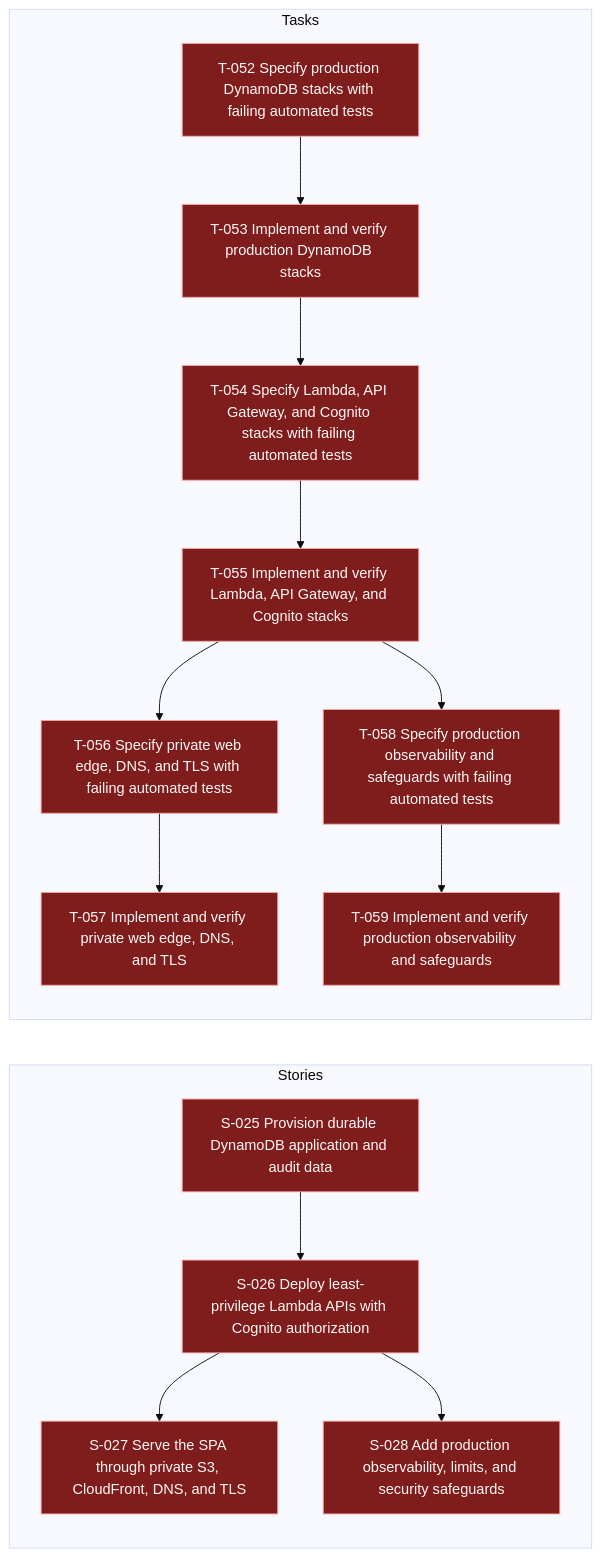
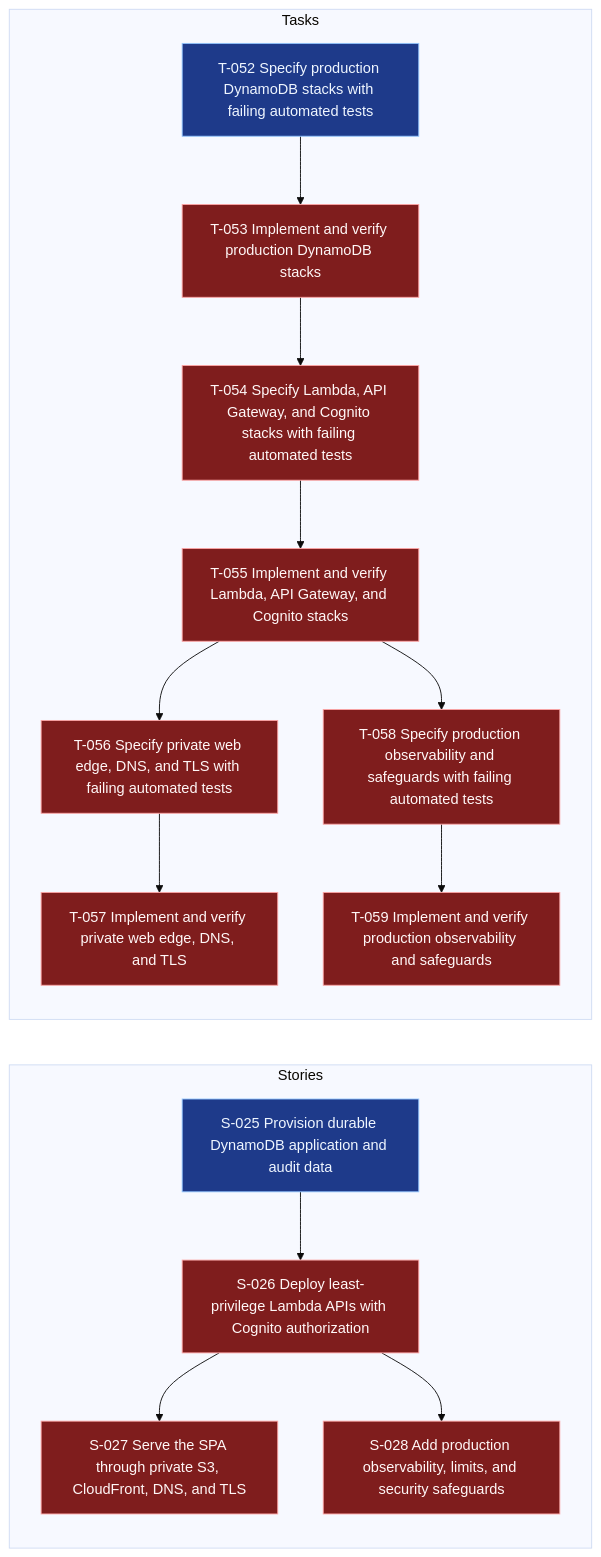
One commit to andybalham/invite-agent changed the diagram in .worktracker/graphs/E-008.mmd. Above: the diagram before and after it, drawn with Mermaid (base theme). The commit also changed 20 other files, not shown here.

```diff
--- a/.worktracker/graphs/E-008.mmd
+++ b/.worktracker/graphs/E-008.mmd
@@ -1,44 +1,44 @@
 graph LR
   classDef done fill:#14532d,stroke:#86efac,color:#f0fdf4;
   classDef blocked fill:#7f1d1d,stroke:#fca5a5,color:#fff7f7;
   classDef inprogress fill:#78350f,stroke:#fbbf24,color:#fffbeb;
   classDef todo fill:#1e3a8a,stroke:#93c5fd,color:#eff6ff;
   classDef empty fill:#374151,stroke:#d1d5db,color:#f9fafb,stroke-dasharray: 3 3;
   subgraph Stories
-    S025["S-025 Provision durable DynamoDB application and audit data"]:::blocked
+    S025["S-025 Provision durable DynamoDB application and audit data"]:::todo
     S026["S-026 Deploy least-privilege Lambda APIs with Cognito authorization"]:::blocked
     S027["S-027 Serve the SPA through private S3, CloudFront, DNS, and TLS"]:::blocked
     S028["S-028 Add production observability, limits, and security safeguards"]:::blocked
     S025 --> S026
     S026 --> S027
     S026 --> S028
   end
   subgraph Tasks
-    T052["T-052 Specify production DynamoDB stacks with failing automated tests"]:::blocked
+    T052["T-052 Specify production DynamoDB stacks with failing automated tests"]:::todo
     T053["T-053 Implement and verify production DynamoDB stacks"]:::blocked
     T054["T-054 Specify Lambda, API Gateway, and Cognito stacks with failing automated tests"]:::blocked
     T055["T-055 Implement and verify Lambda, API Gateway, and Cognito stacks"]:::blocked
     T056["T-056 Specify private web edge, DNS, and TLS with failing automated tests"]:::blocked
     T057["T-057 Implement and verify private web edge, DNS, and TLS"]:::blocked
     T058["T-058 Specify production observability and safeguards with failing automated tests"]:::blocked
     T059["T-059 Implement and verify production observability and safeguards"]:::blocked
     T052 --> T053
     T053 --> T054
     T054 --> T055
     T055 --> T056
     T055 --> T058
     T056 --> T057
     T058 --> T059
   end
   click S025 "../entities/S-025-provision-durable-dynamodb-application-and-audit-data.md"
   click S026 "../entities/S-026-deploy-least-privilege-lambda-apis-with-cognito-authorization.md"
   click S027 "../entities/S-027-serve-the-spa-through-private-s3-cloudfront-dns-and-tls.md"
   click S028 "../entities/S-028-add-production-observability-limits-and-security-safeguards.md"
   click T052 "../entities/T-052-specify-production-dynamodb-stacks-with-failing-automated-tests.md"
   click T053 "../entities/T-053-implement-and-verify-production-dynamodb-stacks.md"
   click T054 "../entities/T-054-specify-lambda-api-gateway-and-cognito-stacks-with-failing-automated-tests.md"
   click T055 "../entities/T-055-implement-and-verify-lambda-api-gateway-and-cognito-stacks.md"
   click T056 "../entities/T-056-specify-private-web-edge-dns-and-tls-with-failing-automated-tests.md"
   click T057 "../entities/T-057-implement-and-verify-private-web-edge-dns-and-tls.md"
   click T058 "../entities/T-058-specify-production-observability-and-safeguards-with-failing-automated-tests.md"
   click T059 "../entities/T-059-implement-and-verify-production-observability-and-safeguards.md"
```
